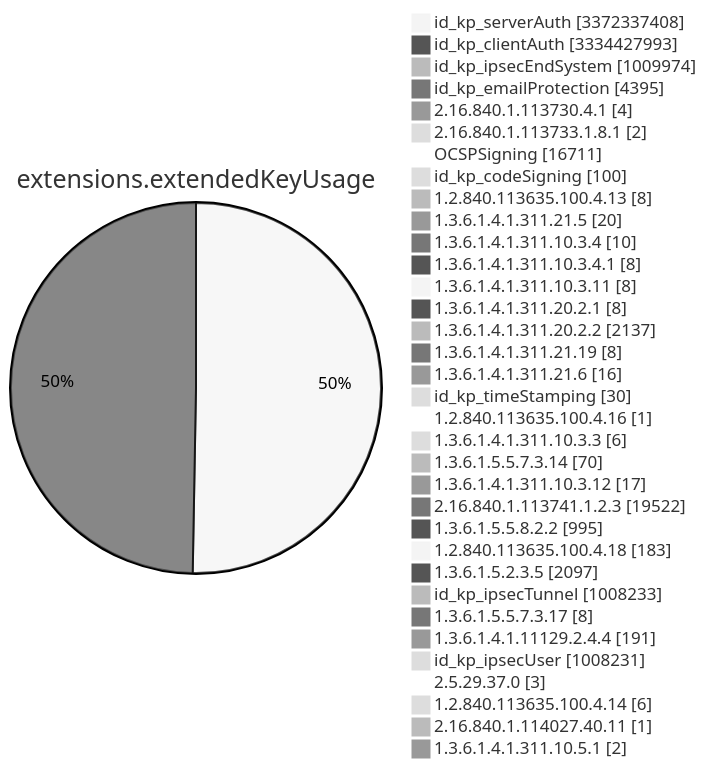
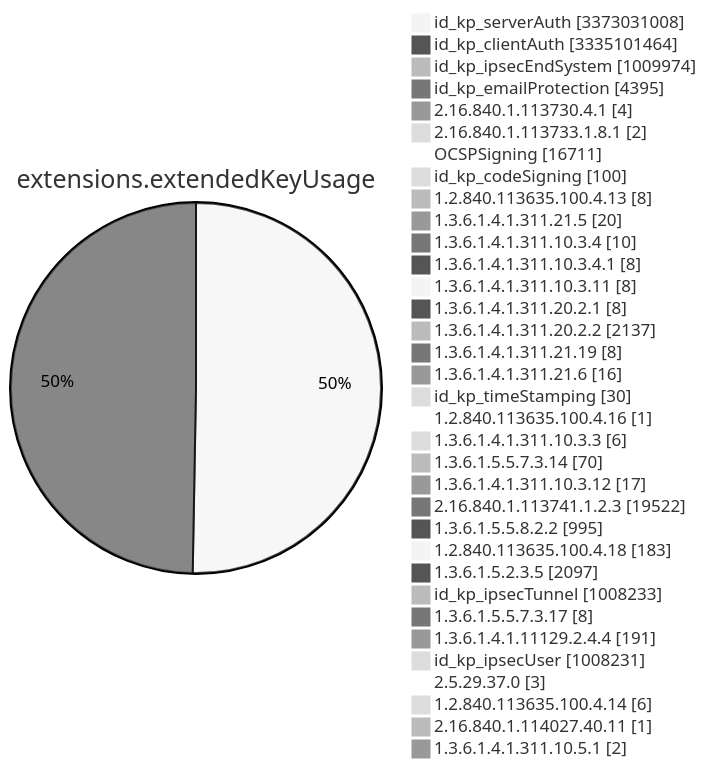
One commit to christiankrug/ctmonitor_visualization changed diagram 11 of 15 in TOTAL/README.md. Above: the diagram before and after it, drawn with Mermaid (neutral theme). The commit also changed other lines of this file, not shown here.

````diff
--- a/TOTAL/README.md
+++ b/TOTAL/README.md
@@ -4120,38 +4120,38 @@
 ```mermaid
 pie showData
 title extensions.extendedKeyUsage
-"id_kp_serverAuth" :3372337408
-"id_kp_clientAuth" :3334427993
+"id_kp_serverAuth" :3373031008
+"id_kp_clientAuth" :3335101464
 "id_kp_ipsecEndSystem" :1009974
 "id_kp_emailProtection" :4395
 "2.16.840.1.113730.4.1" :4
 "2.16.840.1.113733.1.8.1" :2
 "OCSPSigning" :16711
 "id_kp_codeSigning" :100
 "1.2.840.113635.100.4.13" :8
 "1.3.6.1.4.1.311.21.5" :20
 "1.3.6.1.4.1.311.10.3.4" :10
 "1.3.6.1.4.1.311.10.3.4.1" :8
 "1.3.6.1.4.1.311.10.3.11" :8
 "1.3.6.1.4.1.311.20.2.1" :8
 "1.3.6.1.4.1.311.20.2.2" :2137
 "1.3.6.1.4.1.311.21.19" :8
 "1.3.6.1.4.1.311.21.6" :16
 "id_kp_timeStamping" :30
 "1.2.840.113635.100.4.16" :1
 "1.3.6.1.4.1.311.10.3.3" :6
 "1.3.6.1.5.5.7.3.14" :70
 "1.3.6.1.4.1.311.10.3.12" :17
 "2.16.840.1.113741.1.2.3" :19522
 "1.3.6.1.5.5.8.2.2" :995
 "1.2.840.113635.100.4.18" :183
 "1.3.6.1.5.2.3.5" :2097
 "id_kp_ipsecTunnel" :1008233
 "1.3.6.1.5.5.7.3.17" :8
 "1.3.6.1.4.1.11129.2.4.4" :191
 "id_kp_ipsecUser" :1008231
 "2.5.29.37.0" :3
 "1.2.840.113635.100.4.14" :6
 "2.16.840.1.114027.40.11" :1
 "1.3.6.1.4.1.311.10.5.1" :2
 ```
````
